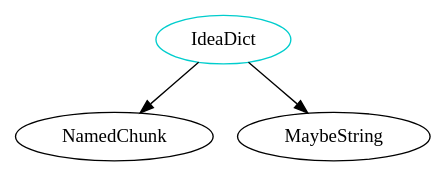
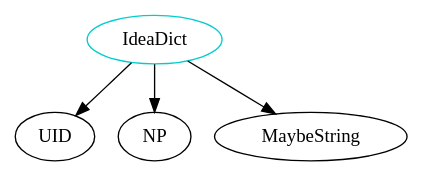
One commit to JacquesCarette/Drasil changed the diagram in analysis/TypeDependencyGraphs/lang/IdeaDict.dot. Above: the diagram before and after it, drawn with Graphviz. The commit also changed 750 other files, not shown here.

```diff
--- a/analysis/TypeDependencyGraphs/lang/IdeaDict.dot
+++ b/analysis/TypeDependencyGraphs/lang/IdeaDict.dot
@@ -1,5 +1,6 @@
 digraph ideadict{
 IdeaDict	[shape=oval, color=cyan3, label="IdeaDict"];
-IdeaDict -> NamedChunk;
+IdeaDict -> UID;
+IdeaDict -> NP;
 IdeaDict -> MaybeString;
 }
```
